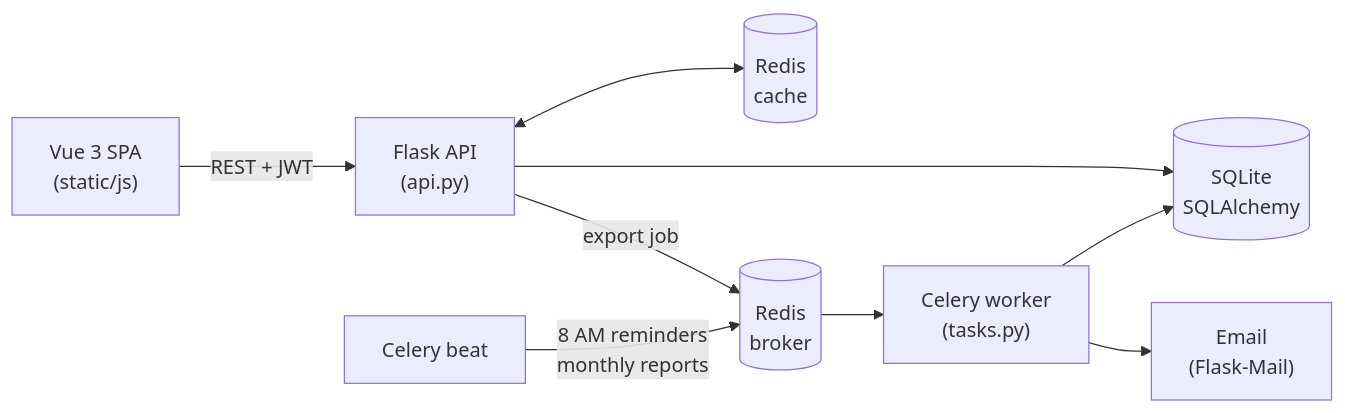
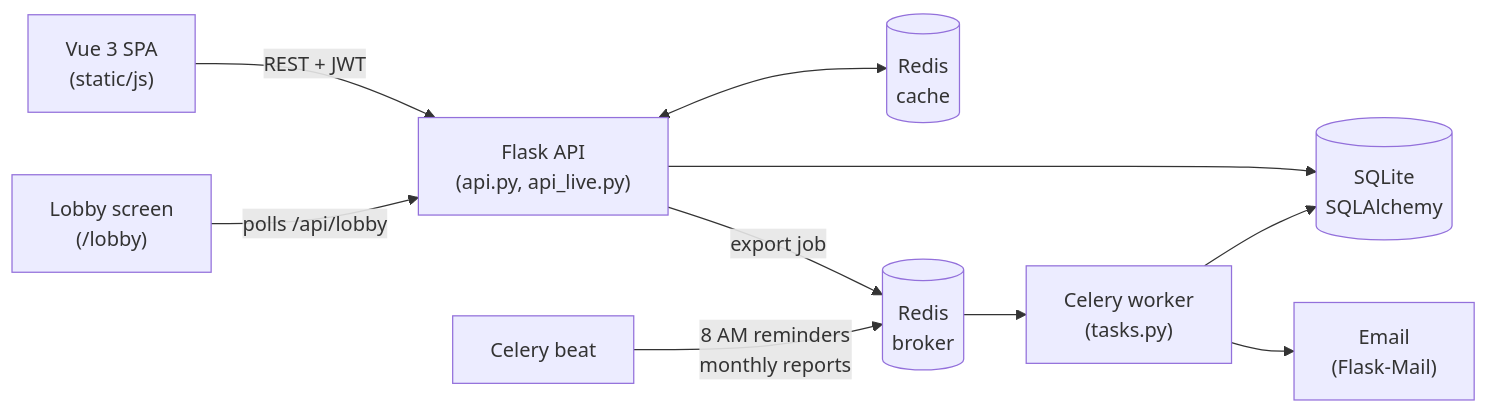
Before and after one commit to 23f2004695/HMSV2: the diagram in README.md, drawn with Mermaid. The commit also changed other lines of this file and 26 other files, not shown here.

````diff
--- a/README.md
+++ b/README.md
@@ -71,11 +98,12 @@
 ```mermaid
 flowchart LR
-    UI["Vue 3 SPA<br/>(static/js)"] -- "REST + JWT" --> API["Flask API<br/>(api.py)"]
+    UI["Vue 3 SPA<br/>(static/js)"] -- "REST + JWT" --> API["Flask API<br/>(api.py, api_live.py)"]
+    TV["Lobby screen<br/>(/lobby)"] -- "polls /api/lobby" --> API
     API --> DB[("SQLite<br/>SQLAlchemy")]
     API <--> C[("Redis<br/>cache")]
     API -- "export job" --> Q[("Redis<br/>broker")]
     Q --> W["Celery worker<br/>(tasks.py)"]
     B["Celery beat"] -- "8 AM reminders<br/>monthly reports" --> Q
     W --> DB
     W --> M["Email<br/>(Flask-Mail)"]
 ```
````
